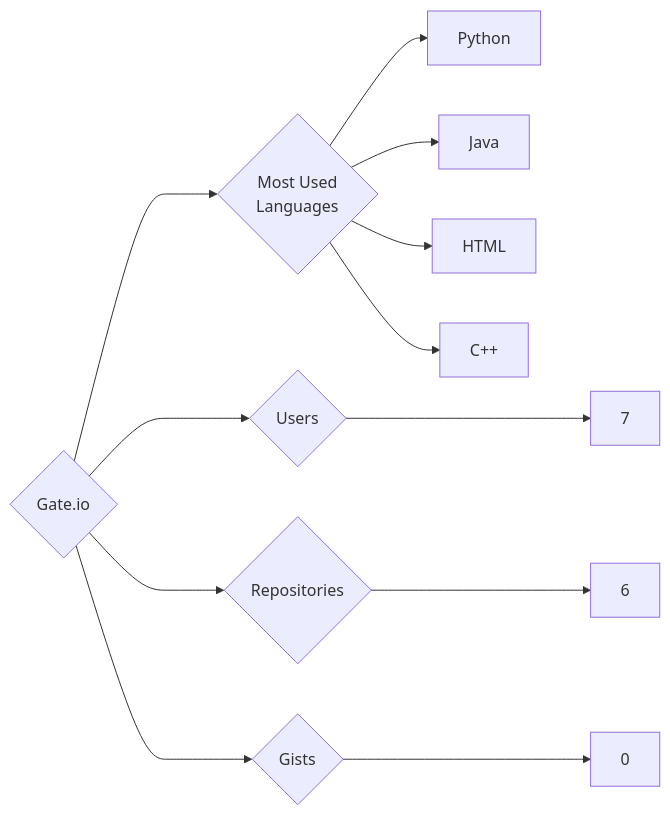
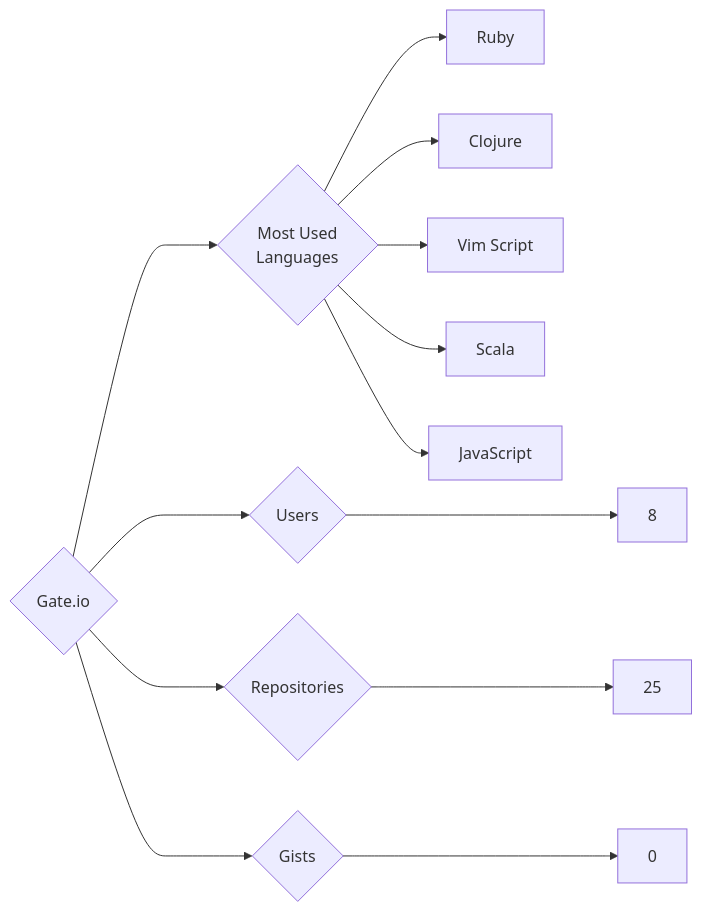
One commit to trickest/insiders changed the diagram in targets/Gate.io/README.md. Above: the diagram before and after it, drawn with Mermaid. The commit also changed 1020 other files, not shown here.

````diff
--- a/targets/Gate.io/README.md
+++ b/targets/Gate.io/README.md
@@ -3,12 +3,13 @@
 ```mermaid
 graph LR
 COMPANY_NAME{Gate.io}
-COMPANY_NAME ---> U{Users} ---> UN[7]
-COMPANY_NAME ---> R{Repositories} ---> RN[6]
+COMPANY_NAME ---> U{Users} ---> UN[8]
+COMPANY_NAME ---> R{Repositories} ---> RN[25]
 COMPANY_NAME ---> G{Gists} ---> GN[0]
 COMPANY_NAME ---> ML{Most Used<br>Languages}
-ML --> Python[Python]
-ML --> Java[Java]
-ML --> HTML[HTML]
-ML --> C++[C++]
+ML --> Ruby[Ruby]
+ML --> Clojure[Clojure]
+ML --> Vim_Script[Vim Script]
+ML --> Scala[Scala]
+ML --> JavaScript[JavaScript]
 ```
````
